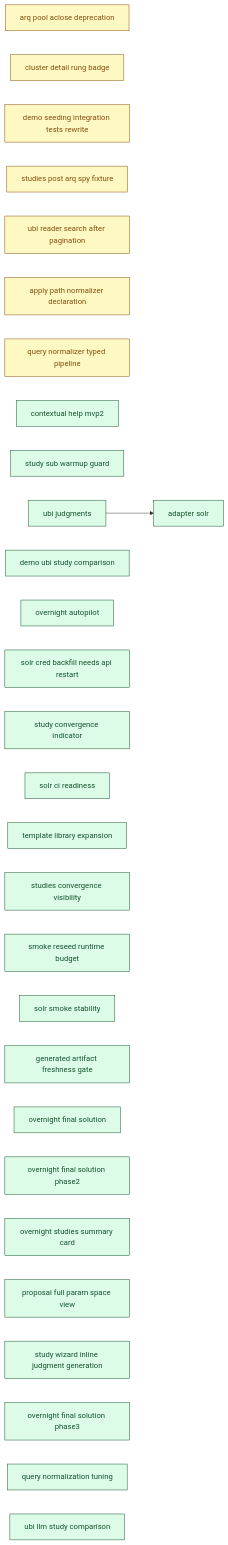
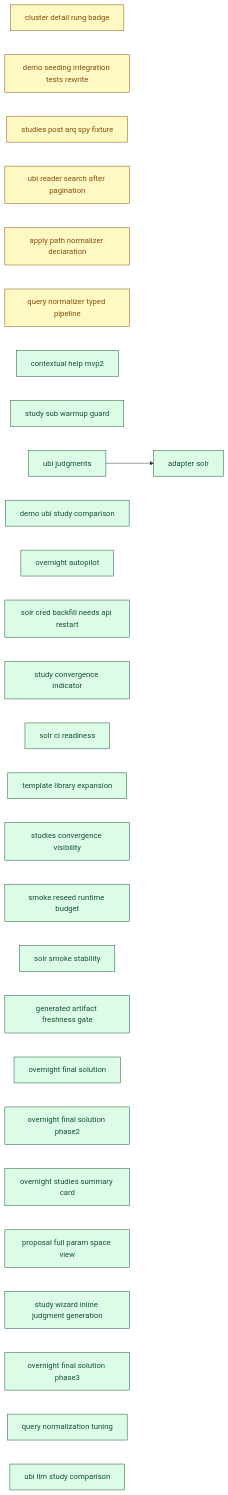
One commit to SoundMindsAI/relyloop changed the diagram in docs/00_overview/MVP2_DASHBOARD.md. Above: the diagram before and after it, drawn with Mermaid. The commit also changed other lines of this file and 9 other files, not shown here.

First line of the commit message:
docs: finalize stale chore_arq_pool_aclose_deprecation folder (#463)

````diff
--- a/docs/00_overview/MVP2_DASHBOARD.md
+++ b/docs/00_overview/MVP2_DASHBOARD.md
@@ -114,67 +113,65 @@
 ```mermaid
 graph LR
   classDef done fill:#dcfce7,stroke:#14532d,color:#14532d;
   classDef implement fill:#ffedd5,stroke:#9a3412,color:#9a3412;
   classDef plan fill:#fef9c3,stroke:#854d0e,color:#854d0e;
   classDef spec fill:#dbeafe,stroke:#1e40af,color:#1e40af;
   classDef idea fill:#f1f5f9,stroke:#334155,color:#334155;
-  chore_arq_pool_aclose_deprecation["arq pool aclose deprecation"]
-  class chore_arq_pool_aclose_deprecation plan;
   chore_cluster_detail_rung_badge["cluster detail rung badge"]
   class chore_cluster_detail_rung_badge plan;
   chore_demo_seeding_integration_tests_rewrite["demo seeding integration tests rewrite"]
   class chore_demo_seeding_integration_tests_rewrite plan;
   chore_studies_post_arq_spy_fixture["studies post arq spy fixture"]
   class chore_studies_post_arq_spy_fixture plan;
   chore_ubi_reader_search_after_pagination["ubi reader search after pagination"]
   class chore_ubi_reader_search_after_pagination plan;
   feat_apply_path_normalizer_declaration["apply path normalizer declaration"]
   class feat_apply_path_normalizer_declaration plan;
   feat_query_normalizer_typed_pipeline["query normalizer typed pipeline"]
   class feat_query_normalizer_typed_pipeline plan;
   feat_contextual_help_mvp2["contextual help mvp2"]
   class feat_contextual_help_mvp2 done;
   feat_study_sub_warmup_guard["study sub warmup guard"]
   class feat_study_sub_warmup_guard done;
   feat_ubi_judgments["ubi judgments"]
   class feat_ubi_judgments done;
   feat_demo_ubi_study_comparison["demo ubi study comparison"]
   class feat_demo_ubi_study_comparison done;
   feat_overnight_autopilot["overnight autopilot"]
   class feat_overnight_autopilot done;
   infra_adapter_solr["adapter solr"]
   class infra_adapter_solr done;
   chore_solr_cred_backfill_needs_api_restart["solr cred backfill needs api restart"]
   class chore_solr_cred_backfill_needs_api_restart done;
   feat_study_convergence_indicator["study convergence indicator"]
   class feat_study_convergence_indicator done;
   infra_solr_ci_readiness["solr ci readiness"]
   class infra_solr_ci_readiness done;
   chore_template_library_expansion["template library expansion"]
   class chore_template_library_expansion done;
   feat_studies_convergence_visibility["studies convergence visibility"]
   class feat_studies_convergence_visibility done;
   infra_smoke_reseed_runtime_budget["smoke reseed runtime budget"]
   class infra_smoke_reseed_runtime_budget done;
   infra_solr_smoke_stability["solr smoke stability"]
   class infra_solr_smoke_stability done;
   infra_generated_artifact_freshness_gate["generated artifact freshness gate"]
   class infra_generated_artifact_freshness_gate done;
   feat_overnight_final_solution["overnight final solution"]
   class feat_overnight_final_solution done;
   feat_overnight_final_solution_phase2["overnight final solution phase2"]
   class feat_overnight_final_solution_phase2 done;
   feat_overnight_studies_summary_card["overnight studies summary card"]
   class feat_overnight_studies_summary_card done;
   feat_proposal_full_param_space_view["proposal full param space view"]
   class feat_proposal_full_param_space_view done;
   feat_study_wizard_inline_judgment_generation["study wizard inline judgment generation"]
   class feat_study_wizard_inline_judgment_generation done;
   feat_overnight_final_solution_phase3["overnight final solution phase3"]
   class feat_overnight_final_solution_phase3 done;
   feat_query_normalization_tuning["query normalization tuning"]
   class feat_query_normalization_tuning done;
   feat_ubi_llm_study_comparison["ubi llm study comparison"]
   class feat_ubi_llm_study_comparison done;
   feat_ubi_judgments --> infra_adapter_solr
 ```
````
